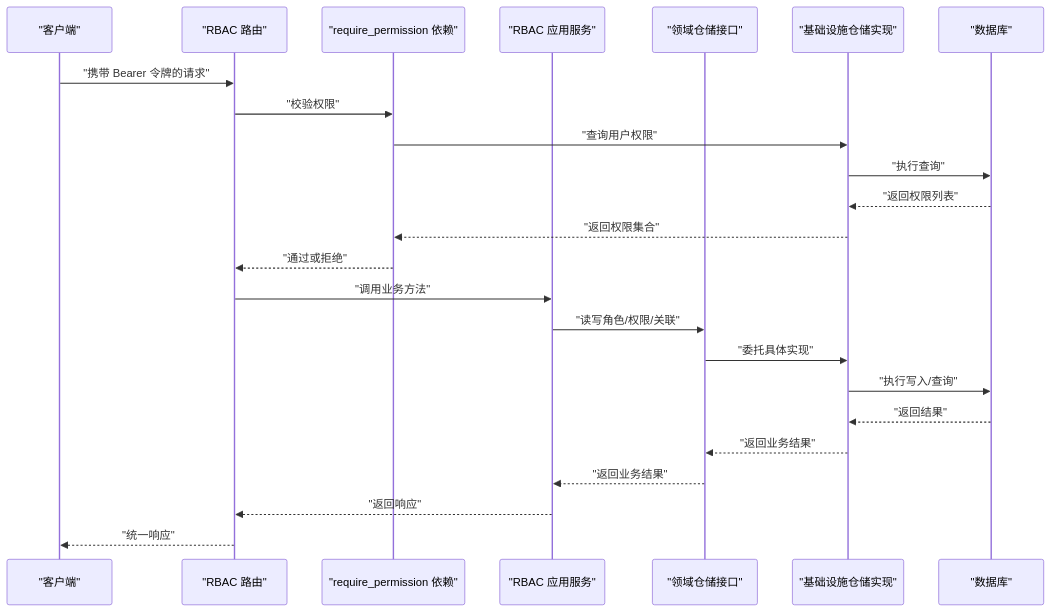
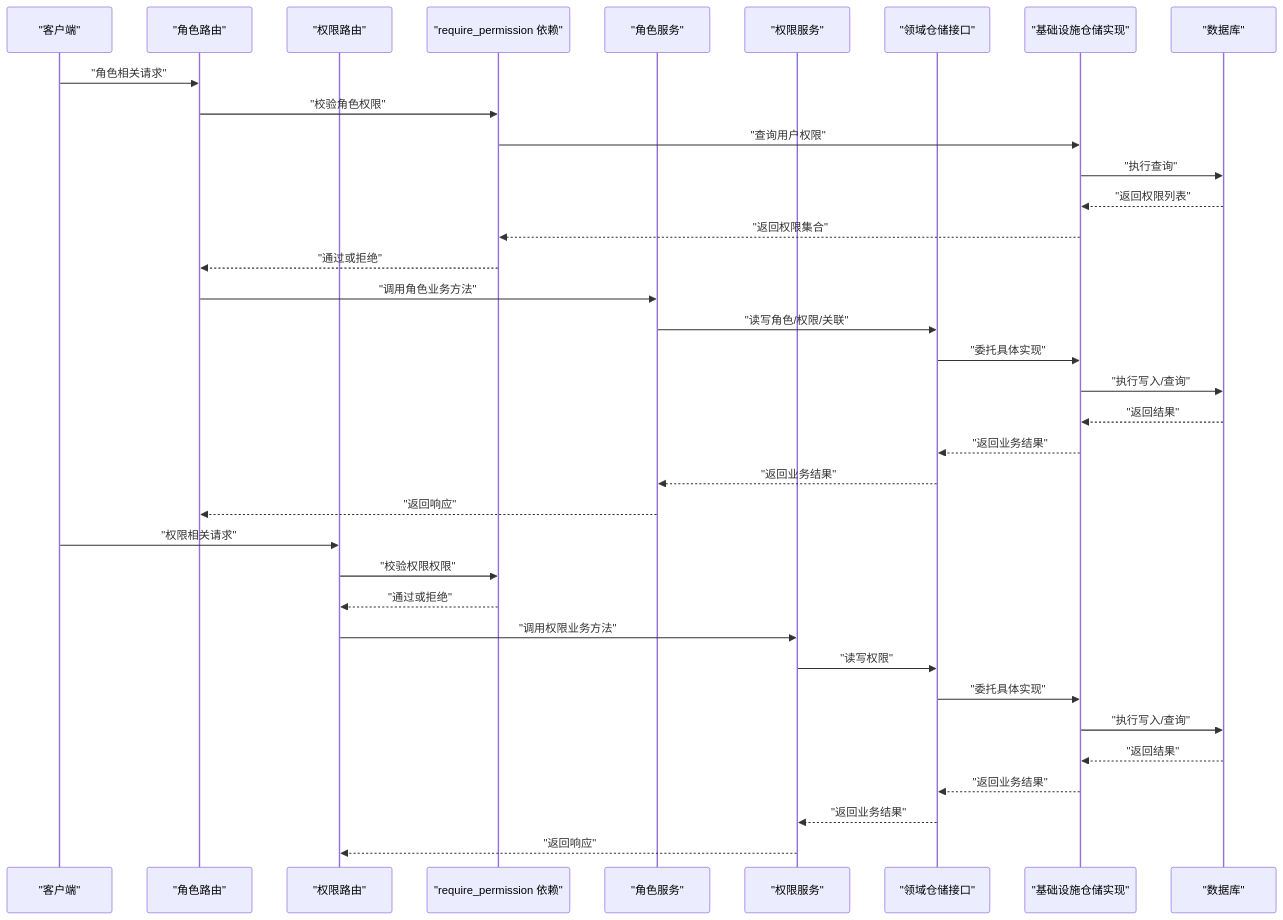
One commit to taoweidong/Hello-FastApi changed the second of 8 diagrams in .qoder/repowiki/zh/content/RBAC 权限系统/RBAC 权限系统.md. Above: the diagram before and after it, drawn with Mermaid. The commit also changed other lines of this file and 9 other files, not shown here.

````diff
--- a/.qoder/repowiki/zh/content/RBAC 权限系统/RBAC 权限系统.md
+++ b/.qoder/repowiki/zh/content/RBAC 权限系统/RBAC 权限系统.md
@@ -139,26 +153,38 @@
 ```mermaid
 sequenceDiagram
 participant Client as "客户端"
-participant API as "RBAC 路由"
+participant RoleAPI as "角色路由"
+participant PermAPI as "权限路由"
 participant Dep as "require_permission 依赖"
-participant Svc as "RBAC 应用服务"
+participant RoleSvc as "角色服务"
+participant PermSvc as "权限服务"
 participant DomainRepo as "领域仓储接口"
 participant InfraRepo as "基础设施仓储实现"
 participant DB as "数据库"
-Client->>API : "携带 Bearer 令牌的请求"
-API->>Dep : "校验权限"
+Client->>RoleAPI : "角色相关请求"
+RoleAPI->>Dep : "校验角色权限"
 Dep->>InfraRepo : "查询用户权限"
 InfraRepo->>DB : "执行查询"
 DB-->>InfraRepo : "返回权限列表"
 InfraRepo-->>Dep : "返回权限集合"
-Dep-->>API : "通过或拒绝"
-API->>Svc : "调用业务方法"
-Svc->>DomainRepo : "读写角色/权限/关联"
+Dep-->>RoleAPI : "通过或拒绝"
+RoleAPI->>RoleSvc : "调用角色业务方法"
+RoleSvc->>DomainRepo : "读写角色/权限/关联"
 DomainRepo->>InfraRepo : "委托具体实现"
 InfraRepo->>DB : "执行写入/查询"
 DB-->>InfraRepo : "返回结果"
 InfraRepo-->>DomainRepo : "返回业务结果"
-DomainRepo-->>Svc : "返回业务结果"
-Svc-->>API : "返回响应"
-API-->>Client : "统一响应"
+DomainRepo-->>RoleSvc : "返回业务结果"
+RoleSvc-->>RoleAPI : "返回响应"
+Client->>PermAPI : "权限相关请求"
+PermAPI->>Dep : "校验权限权限"
+Dep-->>PermAPI : "通过或拒绝"
+PermAPI->>PermSvc : "调用权限业务方法"
+PermSvc->>DomainRepo : "读写权限"
+DomainRepo->>InfraRepo : "委托具体实现"
+InfraRepo->>DB : "执行写入/查询"
+DB-->>InfraRepo : "返回结果"
+InfraRepo-->>DomainRepo : "返回业务结果"
+DomainRepo-->>PermSvc : "返回业务结果"
+PermSvc-->>PermAPI : "返回响应"
 ```
````
